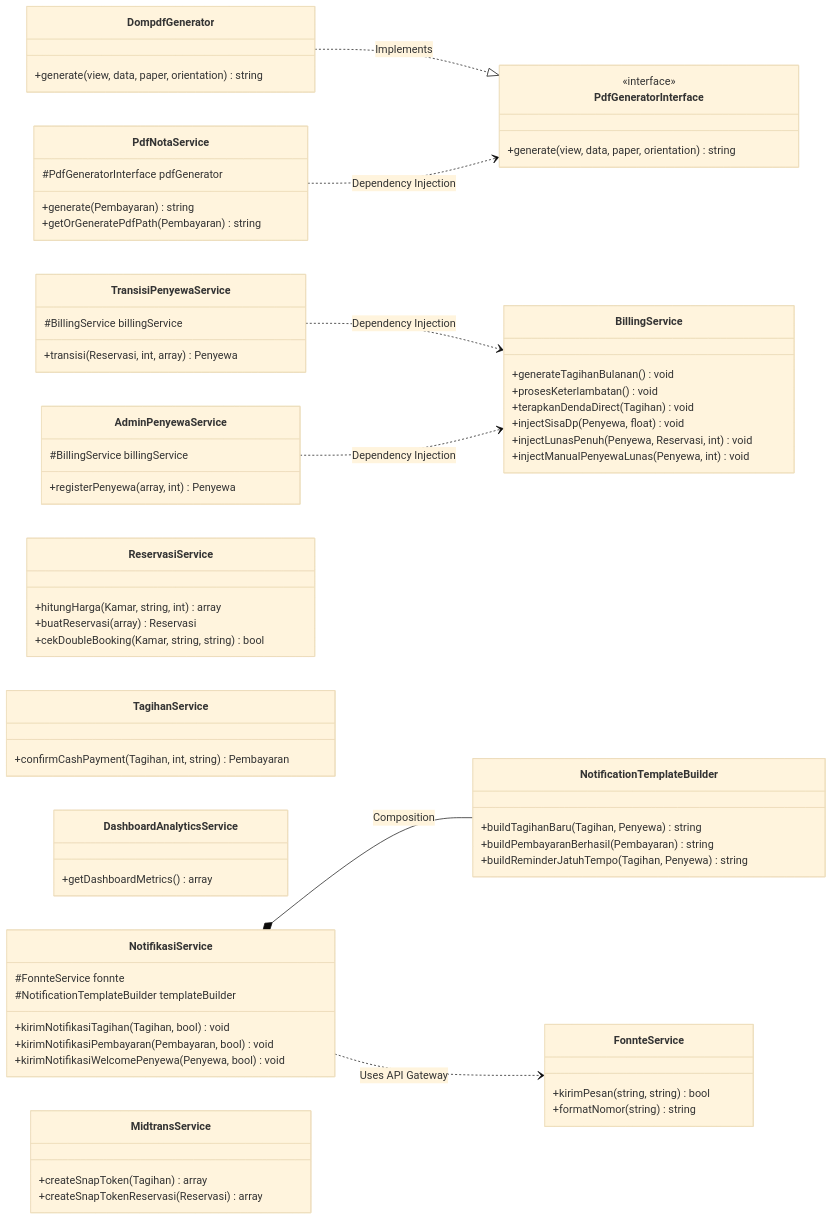
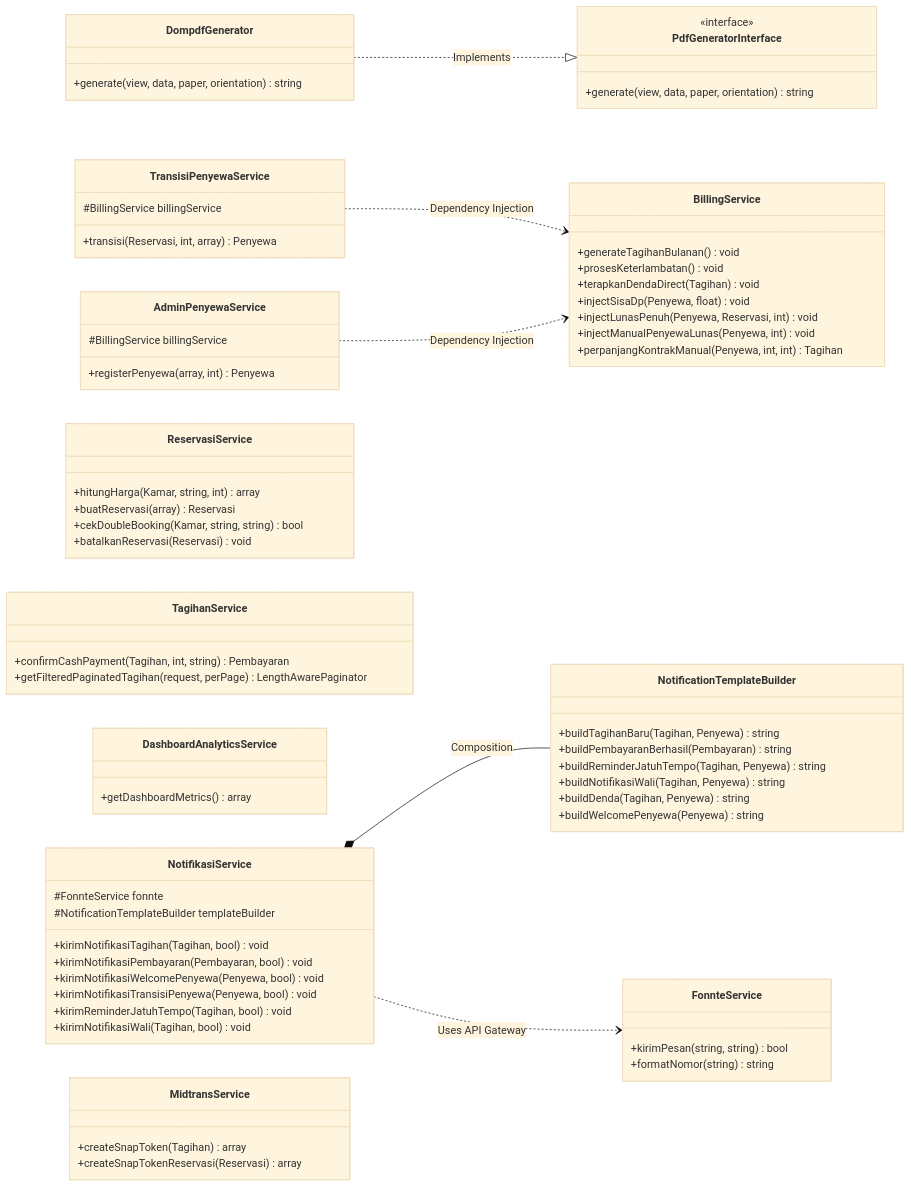
The fourth of 13 diagrams in Blueprint/Class_Diagram_Kost.md (rafifarsyapradiva/asri-boarding-house), drawn with Mermaid (base theme) before and after one commit. The commit also changed other lines of this file and 28 other files, not shown here.

Commit message:
docs(class-diagram): finalisasi arsitektur objek, integrasi 21 model, eliminasi ghost classes & kompilasi 19 citra visual (v240.0)

```diff
--- a/Blueprint/Class_Diagram_Kost.md
+++ b/Blueprint/Class_Diagram_Kost.md
@@ -668,12 +1063,6 @@
         +generate(view, data, paper, orientation) string
     }
 
-    class PdfNotaService {
-        #PdfGeneratorInterface pdfGenerator
-        +generate(Pembayaran) string
-        +getOrGeneratePdfPath(Pembayaran) string
-    }
-
     class BillingService {
         +generateTagihanBulanan() void
         +prosesKeterlambatan() void
@@ -681,6 +1070,7 @@
         +injectSisaDp(Penyewa, float) void
         +injectLunasPenuh(Penyewa, Reservasi, int) void
         +injectManualPenyewaLunas(Penyewa, int) void
+        +perpanjangKontrakManual(Penyewa, int, int) Tagihan
     }
 
     class TransisiPenyewaService {
@@ -697,10 +1087,12 @@
         +hitungHarga(Kamar, string, int) array
         +buatReservasi(array) Reservasi
         +cekDoubleBooking(Kamar, string, string) bool
+        +batalkanReservasi(Reservasi) void
     }
 
     class TagihanService {
         +confirmCashPayment(Tagihan, int, string) Pembayaran
+        +getFilteredPaginatedTagihan(request, perPage) LengthAwarePaginator
     }
 
     class DashboardAnalyticsService {
@@ -711,6 +1103,9 @@
         +buildTagihanBaru(Tagihan, Penyewa) string
         +buildPembayaranBerhasil(Pembayaran) string
         +buildReminderJatuhTempo(Tagihan, Penyewa) string
+        +buildNotifikasiWali(Tagihan, Penyewa) string
+        +buildDenda(Tagihan, Penyewa) string
+        +buildWelcomePenyewa(Penyewa) string
     }
 
     class NotifikasiService {
@@ -719,6 +1114,9 @@
         +kirimNotifikasiTagihan(Tagihan, bool) void
         +kirimNotifikasiPembayaran(Pembayaran, bool) void
         +kirimNotifikasiWelcomePenyewa(Penyewa, bool) void
+        +kirimNotifikasiTransisiPenyewa(Penyewa, bool) void
+        +kirimReminderJatuhTempo(Tagihan, bool) void
+        +kirimNotifikasiWali(Tagihan, bool) void
     }
 
     class FonnteService {
@@ -731,8 +1129,8 @@
         +createSnapTokenReservasi(Reservasi) array
     }
 
+    %% Dependency & Realization %%
     DompdfGenerator ..|> PdfGeneratorInterface : Implements
-    PdfNotaService ..> PdfGeneratorInterface : Dependency Injection
     TransisiPenyewaService ..> BillingService : Dependency Injection
     AdminPenyewaService ..> BillingService : Dependency Injection
     NotifikasiService *-- NotificationTemplateBuilder : Composition
```
